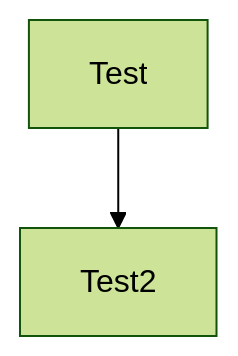
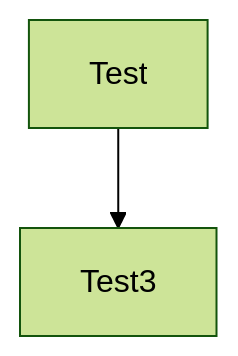
Before and after one commit to enter0x31/TTMP2: the diagram in README.md, drawn with Mermaid (forest theme).

````diff
--- a/README.md
+++ b/README.md
@@ -6,4 +6,4 @@
 ```mermaid
 flowchart
-  A[Test] --> B[Test2]
+  A[Test] --> B[Test3]
 ```
````
